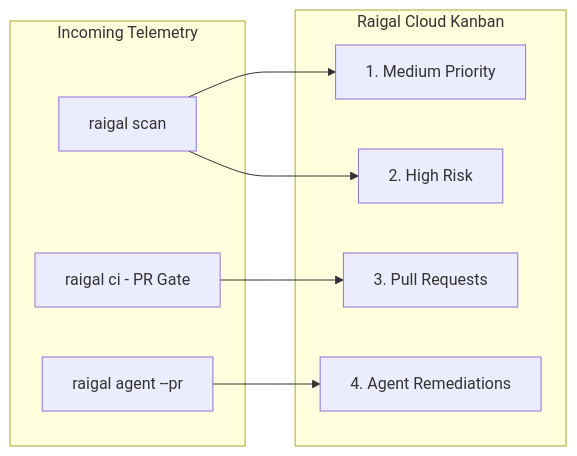
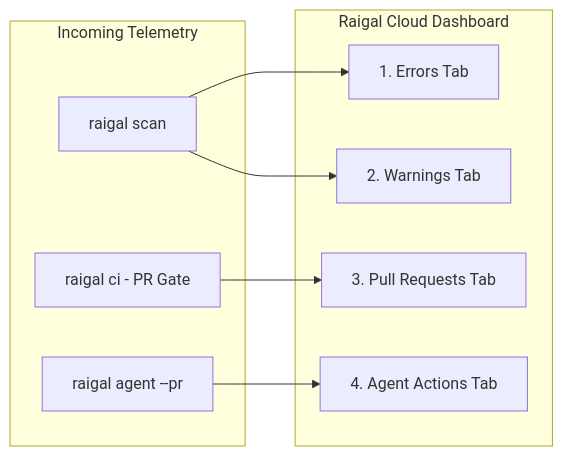
Before and after one commit to meethiu/raigal-docs: the diagram in english/documentation/cloud-platform/dashboard.md, drawn with Mermaid. The commit also changed other lines of this file and 13 other files, not shown here.

Commit message:
docs: align scoring engine, config schema, and dashboard with implementation (en/es)

````diff
--- a/english/documentation/cloud-platform/dashboard.md
+++ b/english/documentation/cloud-platform/dashboard.md
@@ -10,20 +10,20 @@
 ```mermaid
 graph LR
     subgraph Incoming Telemetry
         Scan[raigal scan]
         CI[raigal ci - PR Gate]
         Agent[raigal agent --pr]
     end
 
-    subgraph Raigal Cloud Kanban
-        Col1[1. Medium Priority]
-        Col2[2. High Risk]
-        Col3[3. Pull Requests]
-        Col4[4. Agent Remediations]
+    subgraph Raigal Cloud Dashboard
+        Stage1[1. Errors Tab]
+        Stage2[2. Warnings Tab]
+        Stage3[3. Pull Requests Tab]
+        Stage4[4. Agent Actions Tab]
     end
 
-    Scan --> Col1
-    Scan --> Col2
-    CI --> Col3
-    Agent --> Col4
+    Scan --> Stage1
+    Scan --> Stage2
+    CI --> Stage3
+    Agent --> Stage4
 ```
````
